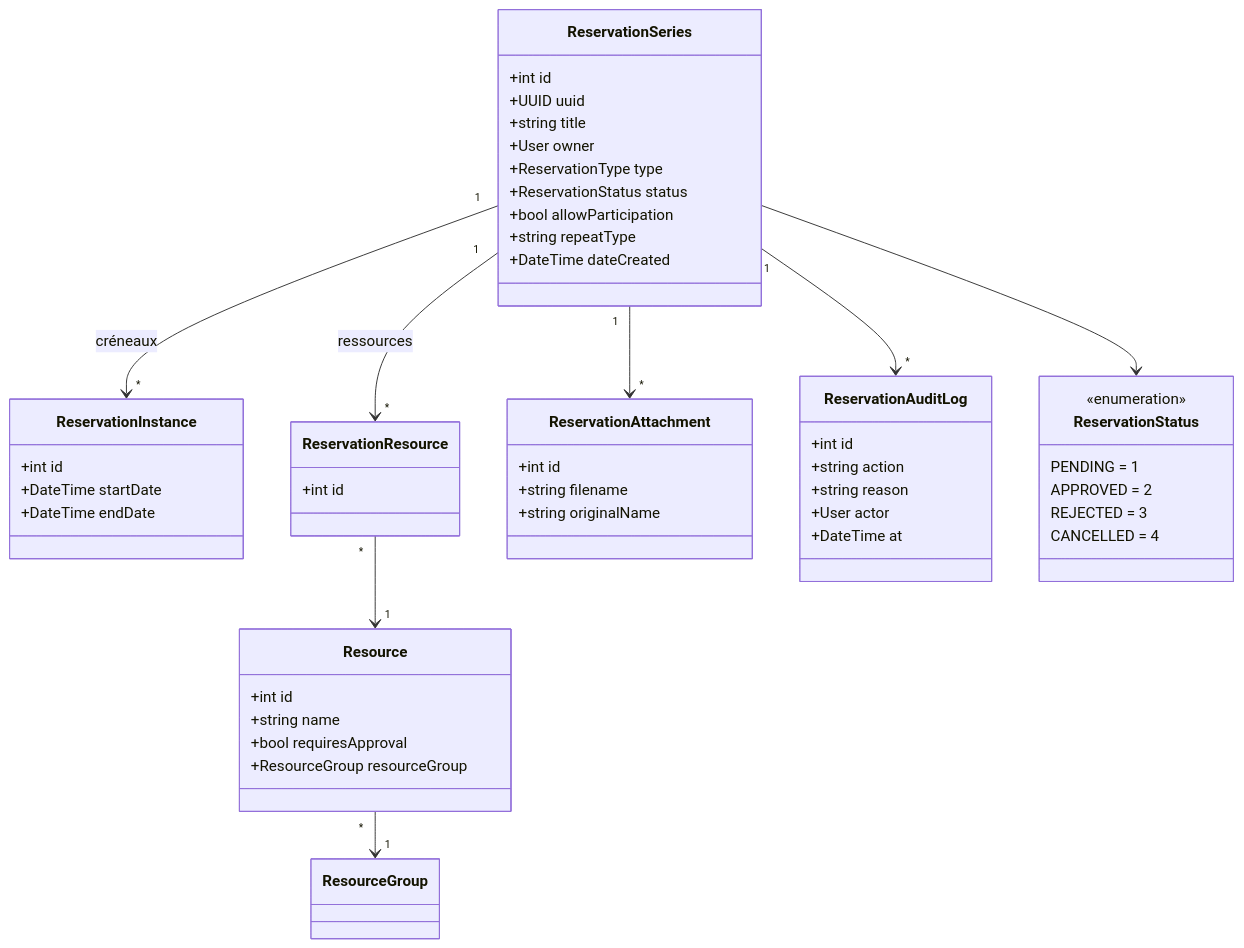
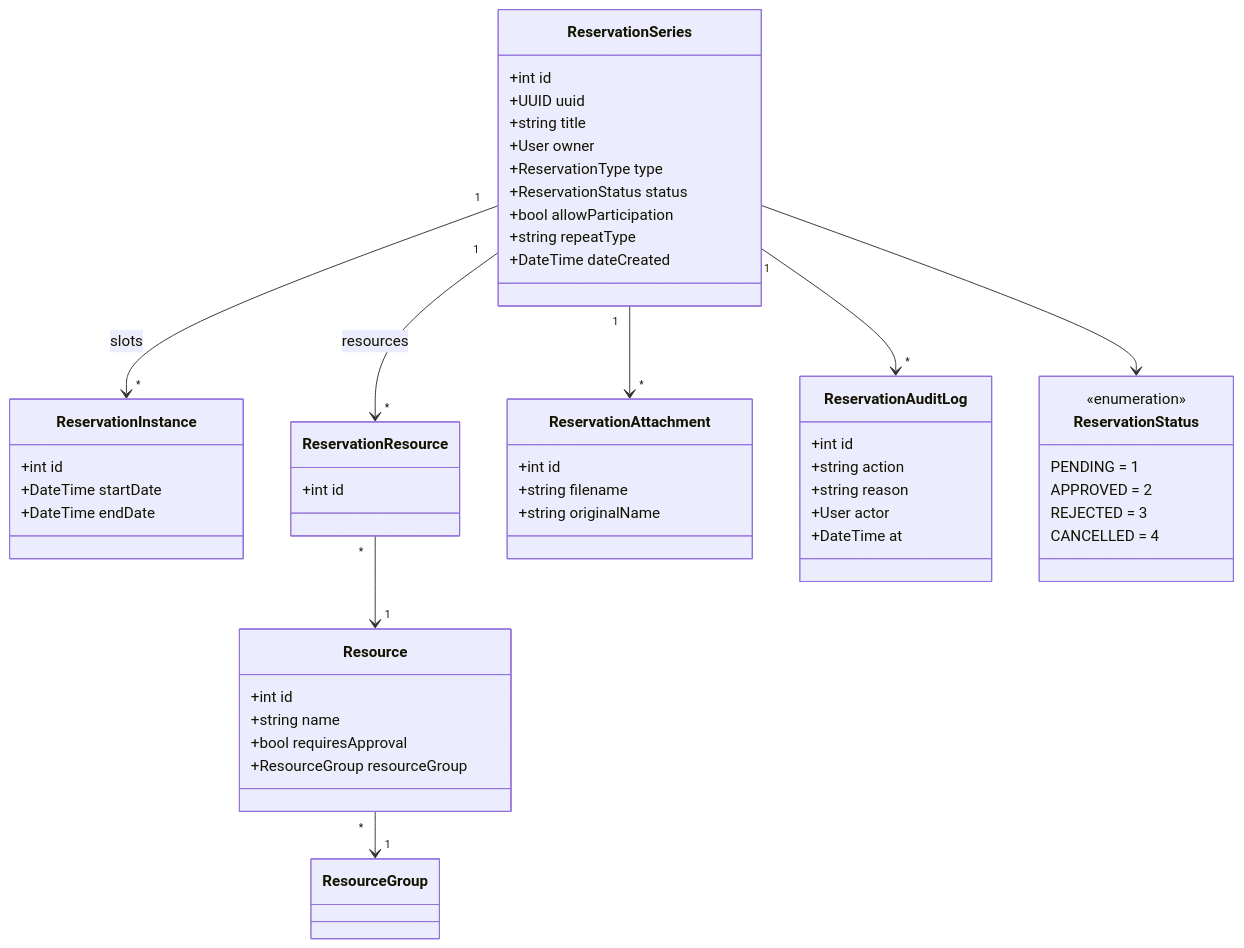
The second of 5 diagrams in docs/01-architecture.md (Betus971/Librebooking-Symfony), drawn with Mermaid before and after one commit. The commit also changed other lines of this file and 261 other files, not shown here.

Commit message:
feat: initial open source release with modern stack, Tailwind v4 and generic architecture

````diff
--- a/docs/01-architecture.md
+++ b/docs/01-architecture.md
@@ -132,55 +115,55 @@
 ```mermaid
 classDiagram
     class ReservationSeries {
         +int id
         +UUID uuid
         +string title
         +User owner
         +ReservationType type
         +ReservationStatus status
         +bool allowParticipation
         +string repeatType
         +DateTime dateCreated
     }
     class ReservationInstance {
         +int id
         +DateTime startDate
         +DateTime endDate
     }
     class ReservationResource {
         +int id
     }
     class Resource {
         +int id
         +string name
         +bool requiresApproval
         +ResourceGroup resourceGroup
     }
     class ReservationAttachment {
         +int id
         +string filename
         +string originalName
     }
     class ReservationAuditLog {
         +int id
         +string action
         +string reason
         +User actor
         +DateTime at
     }
     class ReservationStatus {
         <<enumeration>>
         PENDING = 1
         APPROVED = 2
         REJECTED = 3
         CANCELLED = 4
     }
 
-    ReservationSeries "1" --> "*" ReservationInstance : créneaux
-    ReservationSeries "1" --> "*" ReservationResource : ressources
+    ReservationSeries "1" --> "*" ReservationInstance : slots
+    ReservationSeries "1" --> "*" ReservationResource : resources
     ReservationResource "*" --> "1" Resource
     ReservationSeries "1" --> "*" ReservationAttachment
     ReservationSeries "1" --> "*" ReservationAuditLog
     ReservationSeries --> ReservationStatus
     Resource "*" --> "1" ResourceGroup
 ```
````
